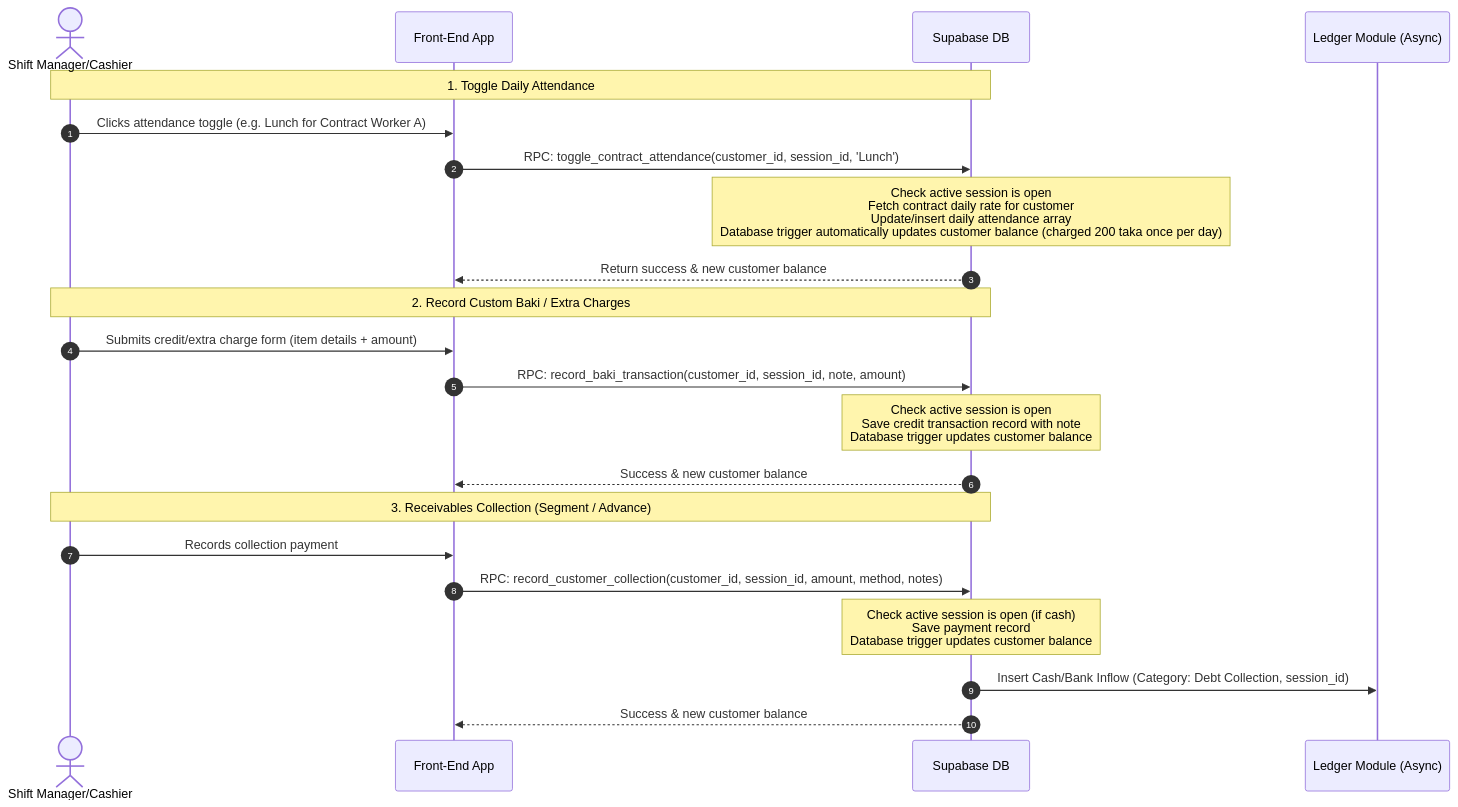
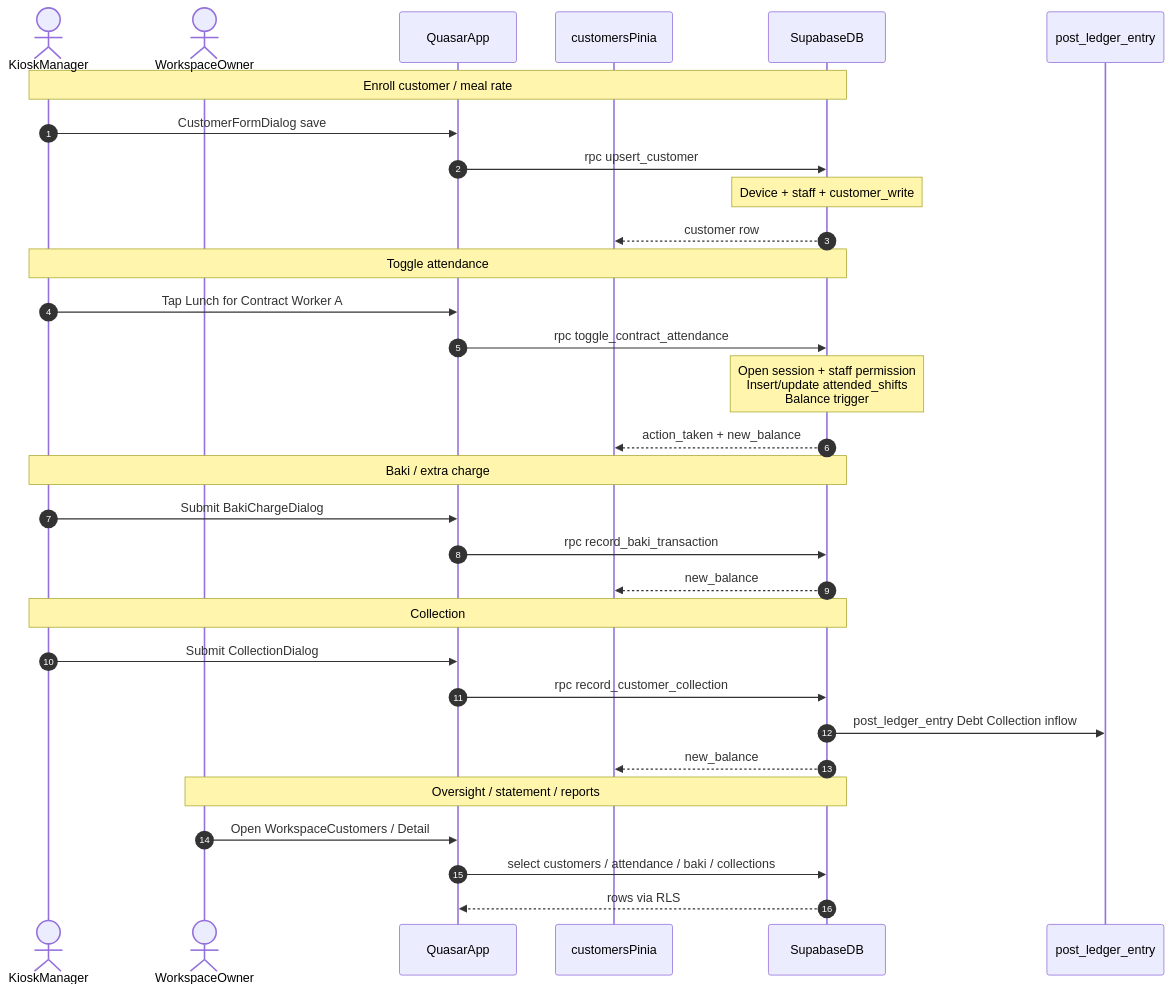
Before and after one commit to marceldavidbaroi/Smart-Hisab: the third of 3 diagrams in docs/meal_customer_management.md, drawn with Mermaid. The commit also changed other lines of this file and 56 other files, not shown here.

````diff
--- a/docs/meal_customer_management.md
+++ b/docs/meal_customer_management.md
@@ -273,27 +399,38 @@
 ```mermaid
 sequenceDiagram
     autonumber
-    actor Manager as Shift Manager/Cashier
-    participant App as Front-End App
-    participant DB as Supabase DB
-    participant Ledger as Ledger Module (Async)
+    actor Manager as KioskManager
+    actor Owner as WorkspaceOwner
+    participant App as QuasarApp
+    participant Store as customersPinia
+    participant DB as SupabaseDB
+    participant Ledger as post_ledger_entry
 
-    Note over Manager, DB: 1. Toggle Daily Attendance
-    Manager->>App: Clicks attendance toggle (e.g. Lunch for Contract Worker A)
-    App->>DB: RPC: toggle_contract_attendance(customer_id, session_id, 'Lunch')
-    Note over DB: Check active session is open<br/>Fetch contract daily rate for customer<br/>Update/insert daily attendance array<br/>Database trigger automatically updates customer balance (charged 200 taka once per day)
-    DB-->>App: Return success & new customer balance
+    Note over Manager, DB: Enroll customer / meal rate
+    Manager->>App: CustomerFormDialog save
+    App->>DB: rpc upsert_customer
+    Note over DB: Device + staff + customer_write
+    DB-->>Store: customer row
 
-    Note over Manager, DB: 2. Record Custom Baki / Extra Charges
-    Manager->>App: Submits credit/extra charge form (item details + amount)
-    App->>DB: RPC: record_baki_transaction(customer_id, session_id, note, amount)
-    Note over DB: Check active session is open<br/>Save credit transaction record with note<br/>Database trigger updates customer balance
-    DB-->>App: Success & new customer balance
+    Note over Manager, DB: Toggle attendance
+    Manager->>App: Tap Lunch for Contract Worker A
+    App->>DB: rpc toggle_contract_attendance
+    Note over DB: Open session + staff permission<br/>Insert/update attended_shifts<br/>Balance trigger
+    DB-->>Store: action_taken + new_balance
 
-    Note over Manager, DB: 3. Receivables Collection (Segment / Advance)
-    Manager->>App: Records collection payment
-    App->>DB: RPC: record_customer_collection(customer_id, session_id, amount, method, notes)
-    Note over DB: Check active session is open (if cash)<br/>Save payment record<br/>Database trigger updates customer balance
-    DB->>Ledger: Insert Cash/Bank Inflow (Category: Debt Collection, session_id)
-    DB-->>App: Success & new customer balance
+    Note over Manager, DB: Baki / extra charge
+    Manager->>App: Submit BakiChargeDialog
+    App->>DB: rpc record_baki_transaction
+    DB-->>Store: new_balance
+
+    Note over Manager, DB: Collection
+    Manager->>App: Submit CollectionDialog
+    App->>DB: rpc record_customer_collection
+    DB->>Ledger: post_ledger_entry Debt Collection inflow
+    DB-->>Store: new_balance
+
+    Note over Owner, DB: Oversight / statement / reports
+    Owner->>App: Open WorkspaceCustomers / Detail
+    App->>DB: select customers / attendance / baki / collections
+    DB-->>App: rows via RLS
 ```
````
